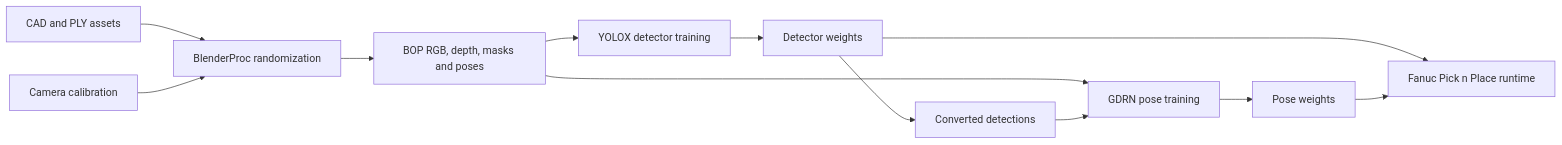
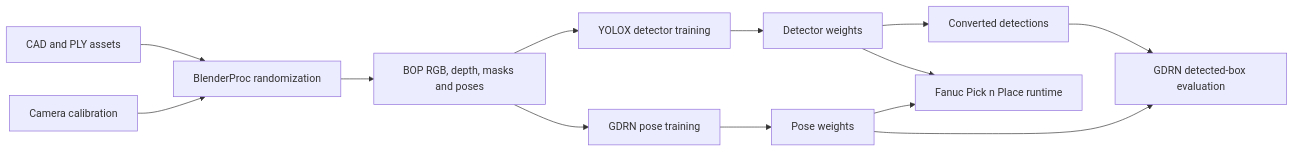
The first of 2 diagrams in README.md (DH-ai/synthetic-data-yolo-training_and_pose_estimation), drawn with Mermaid before and after one commit. The commit also changed 4 other files, not shown here.

````diff
--- a/README.md
+++ b/README.md
@@ -27,14 +27,15 @@
 ```mermaid
 flowchart LR
     CAD[CAD and PLY assets] --> BlenderProc[BlenderProc randomization]
     Calibration[Camera calibration] --> BlenderProc
     BlenderProc --> BOP[BOP RGB, depth, masks and poses]
     BOP --> YOLOX[YOLOX detector training]
     BOP --> GDRN[GDRN pose training]
     YOLOX --> Detector[Detector weights]
     Detector --> DetJSON[Converted detections]
-    DetJSON --> GDRN
     GDRN --> Pose[Pose weights]
+    DetJSON --> PoseEval[GDRN detected-box evaluation]
+    Pose --> PoseEval
     Detector --> Runtime[Fanuc Pick n Place runtime]
     Pose --> Runtime
 ```
````
